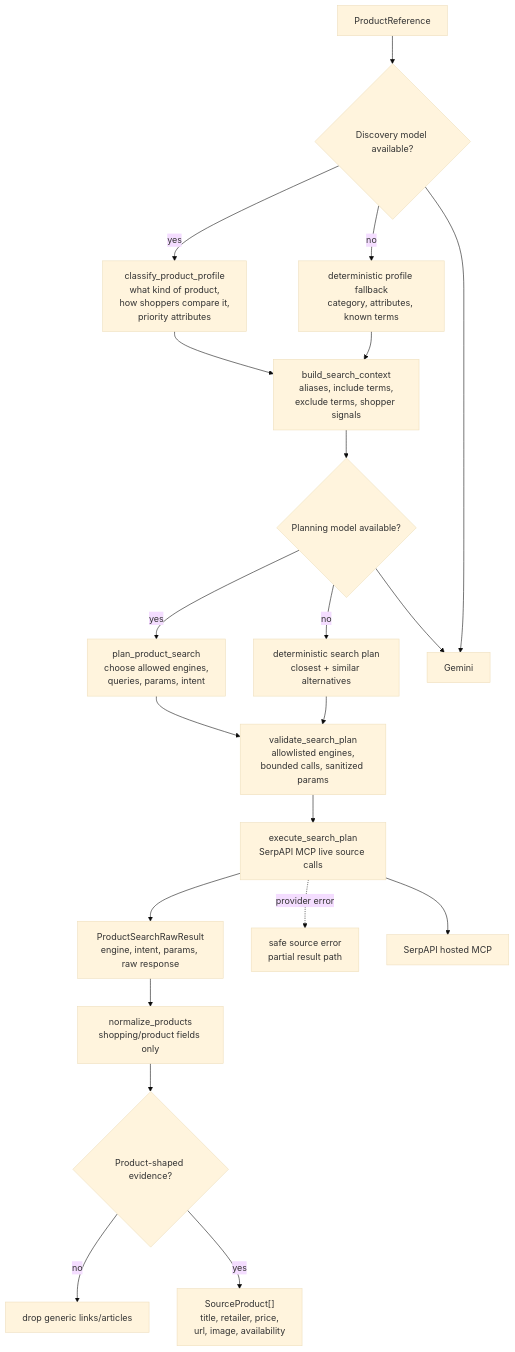
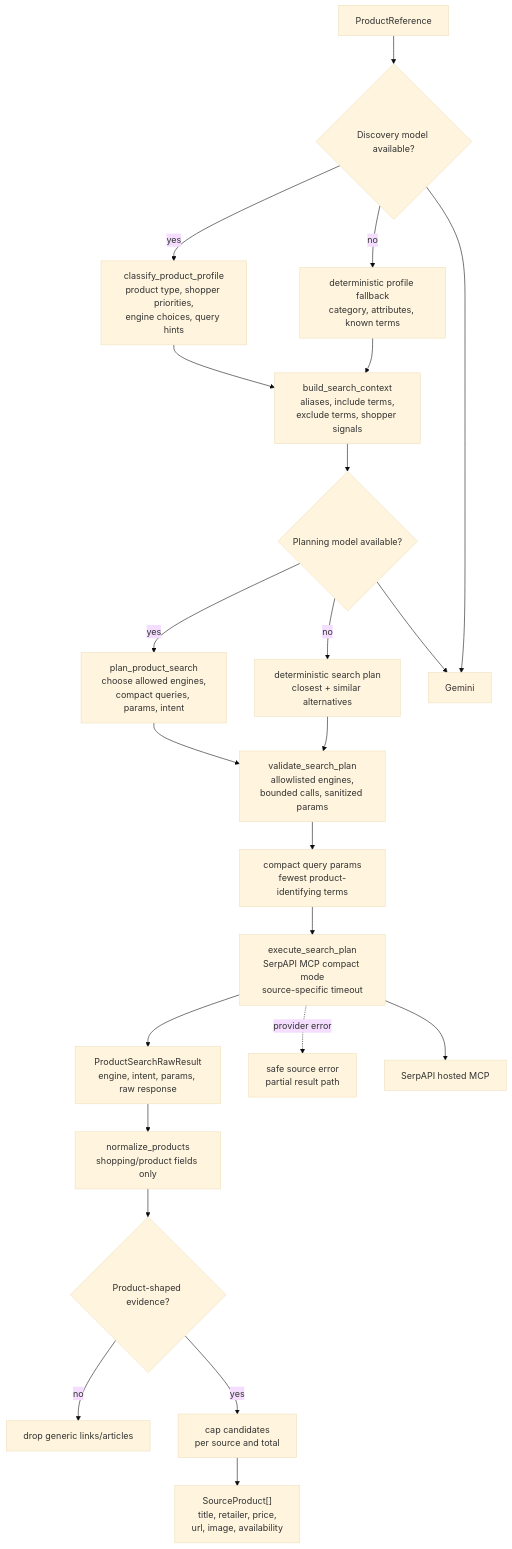
One commit to DHRUVSHARM/ThriftLens changed the fifth of 6 diagrams in APPROACH.md. Above: the diagram before and after it, drawn with Mermaid (base theme). The commit also changed other lines of this file and 11 other files, not shown here.

Commit message:
updates for live source discovery latency issues

````diff
--- a/APPROACH.md
+++ b/APPROACH.md
@@ -337,28 +357,30 @@
 ```mermaid
 flowchart TD
   Reference["ProductReference"] --> ProfileGate{"Discovery model available?"}
-  ProfileGate -- yes --> ModelProfile["classify_product_profile<br/>what kind of product,<br/>how shoppers compare it,<br/>priority attributes"]
+  ProfileGate -- yes --> ModelProfile["classify_product_profile<br/>product type, shopper priorities,<br/>engine choices, query hints"]
   ProfileGate -- no --> DeterministicProfile["deterministic profile fallback<br/>category, attributes, known terms"]
 
   ModelProfile --> Context["build_search_context<br/>aliases, include terms,<br/>exclude terms, shopper signals"]
   DeterministicProfile --> Context
 
   Context --> PlanGate{"Planning model available?"}
-  PlanGate -- yes --> ModelPlan["plan_product_search<br/>choose allowed engines,<br/>queries, params, intent"]
+  PlanGate -- yes --> ModelPlan["plan_product_search<br/>choose allowed engines,<br/>compact queries, params, intent"]
   PlanGate -- no --> DeterministicPlan["deterministic search plan<br/>closest + similar alternatives"]
 
   ModelPlan --> ValidatePlan["validate_search_plan<br/>allowlisted engines,<br/>bounded calls, sanitized params"]
   DeterministicPlan --> ValidatePlan
-  ValidatePlan --> Search["execute_search_plan<br/>SerpAPI MCP live source calls"]
+  ValidatePlan --> CompactQueries["compact query params<br/>fewest product-identifying terms"]
+  CompactQueries --> Search["execute_search_plan<br/>SerpAPI MCP compact mode<br/>source-specific timeout"]
   Search --> RawResults["ProductSearchRawResult<br/>engine, intent, params, raw response"]
   Search -. provider error .-> SourceError["safe source error<br/>partial result path"]
 
   RawResults --> Normalize["normalize_products<br/>shopping/product fields only"]
   Normalize --> ProductShape{"Product-shaped evidence?"}
   ProductShape -- no --> Drop["drop generic links/articles"]
-  ProductShape -- yes --> SourceProducts["SourceProduct[]<br/>title, retailer, price,<br/>url, image, availability"]
+  ProductShape -- yes --> CandidateCap["cap candidates<br/>per source and total"]
+  CandidateCap --> SourceProducts["SourceProduct[]<br/>title, retailer, price,<br/>url, image, availability"]
 
   ProfileGate --> Gemini["Gemini"]
   PlanGate --> Gemini
   Search --> SerpApi["SerpAPI hosted MCP"]
 ```
````
